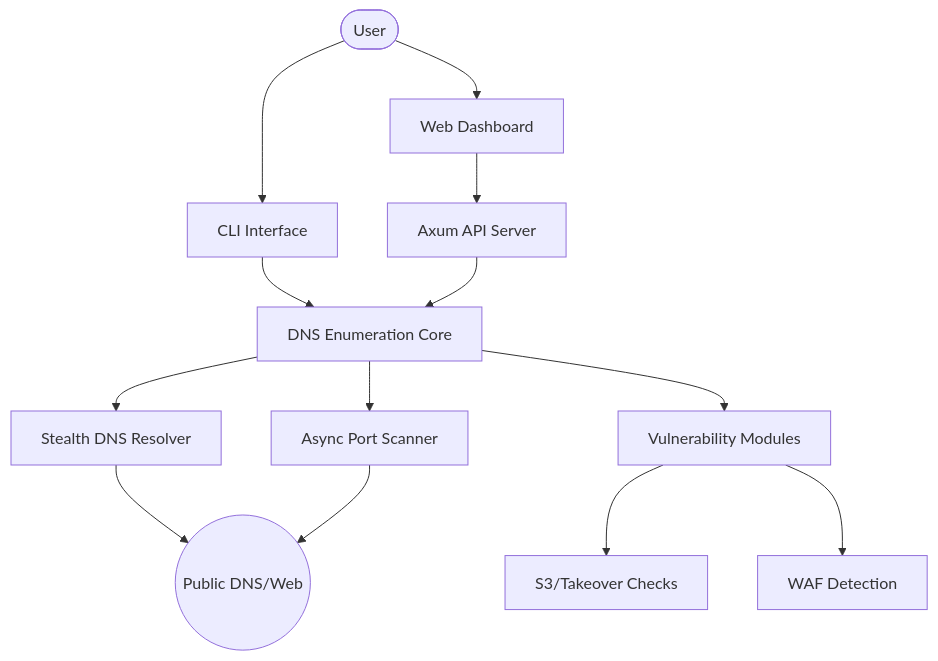
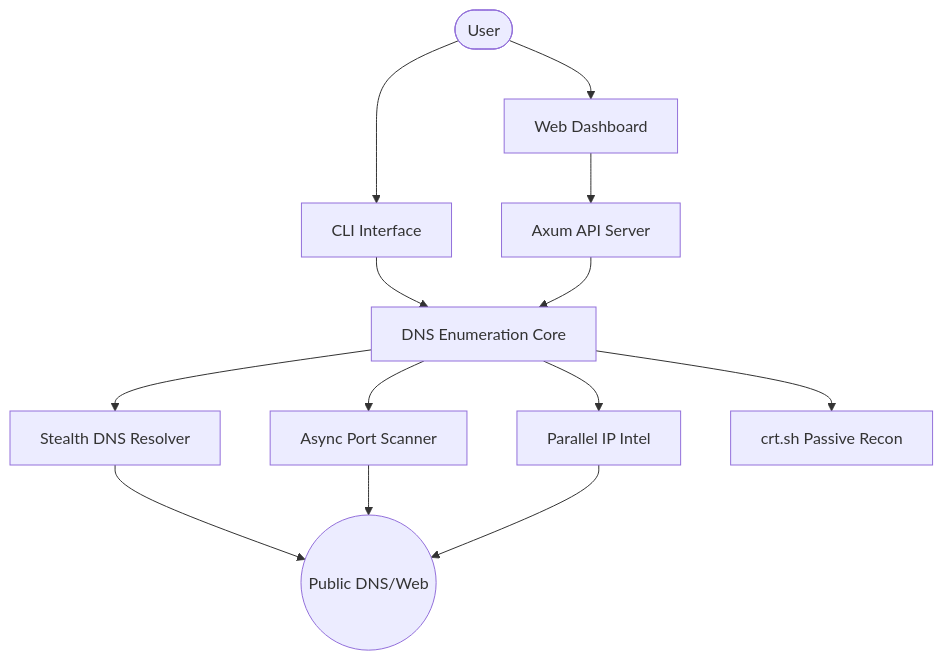
One commit to mahmutcirka/ISU-SecOps-Engine changed the diagram in README.md. Above: the diagram before and after it, drawn with Mermaid. The commit also changed other lines of this file and 2 other files, not shown here.

````diff
--- a/README.md
+++ b/README.md
@@ -40,15 +39,15 @@
 ```mermaid
 graph TD
     User([User]) --> CLI[CLI Interface]
     User --> WEB[Web Dashboard]
     WEB --> API[Axum API Server]
     CLI --> CORE[DNS Enumeration Core]
     API --> CORE
     CORE --> DNS[Stealth DNS Resolver]
     CORE --> SCAN[Async Port Scanner]
-    CORE --> VULN[Vulnerability Modules]
-    VULN --> S3[S3/Takeover Checks]
-    VULN --> WAF[WAF Detection]
+    CORE --> INTEL[Parallel IP Intel]
+    CORE --> OSINT[crt.sh Passive Recon]
     DNS --> Internet((Public DNS/Web))
     SCAN --> Internet
+    INTEL --> Internet
 ```
````
